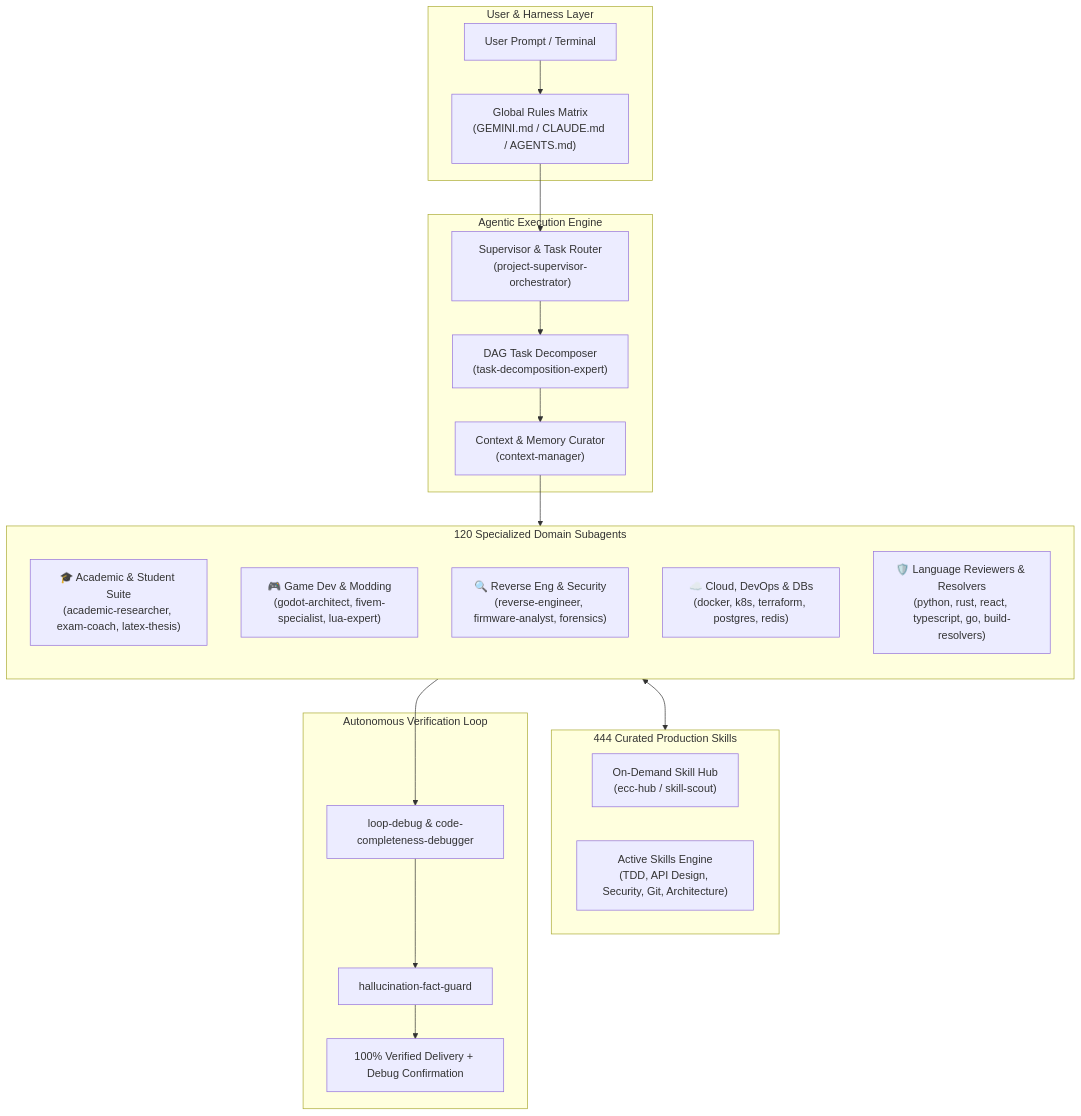
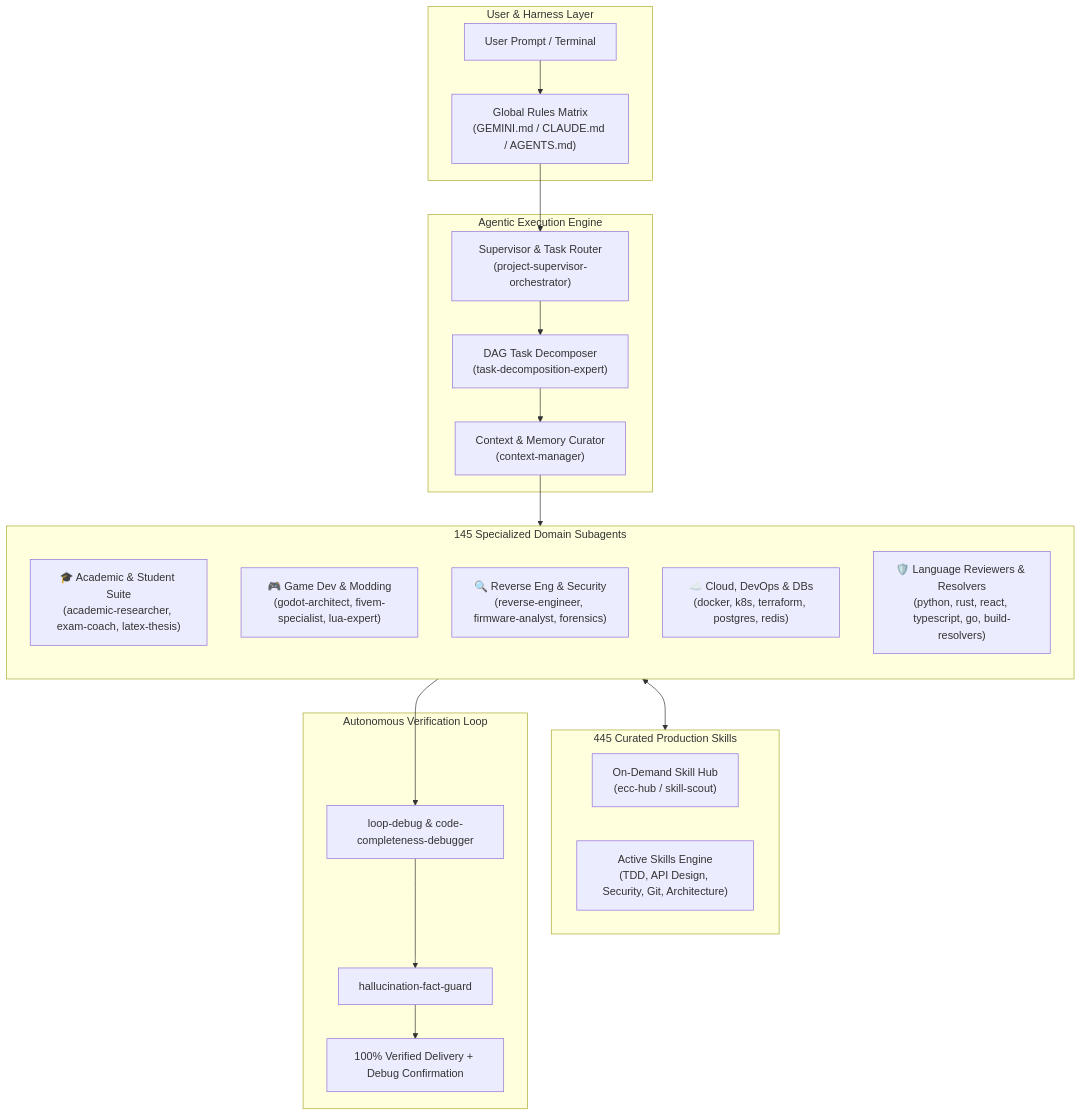
The diagram in README.md (Osama-Alzahrani-UQU/OmniAgentic), drawn with Mermaid before and after one commit. The commit also changed other lines of this file and 29 other files, not shown here.

Commit message:
feat: integrate The Agency (Agency Agents) suite with 25 novel specialized agents (145 agents) and agency-agents hub skill (445 skills)

````diff
--- a/README.md
+++ b/README.md
@@ -49,50 +49,50 @@
 ```mermaid
 flowchart TD
     subgraph UserInterface["User & Harness Layer"]
         CLI["User Prompt / Terminal"]
         Rules["Global Rules Matrix
 (GEMINI.md / CLAUDE.md / AGENTS.md)"]
     end
 
     subgraph CoreEngine["Agentic Execution Engine"]
         Supervisor["Supervisor & Task Router
 (project-supervisor-orchestrator)"]
         Decomposer["DAG Task Decomposer
 (task-decomposition-expert)"]
         ContextMgr["Context & Memory Curator
 (context-manager)"]
     end
 
-    subgraph AgentFleet["120 Specialized Domain Subagents"]
+    subgraph AgentFleet["145 Specialized Domain Subagents"]
         direction TB
         Academic["🎓 Academic & Student Suite
 (academic-researcher, exam-coach, latex-thesis)"]
         GameDev["🎮 Game Dev & Modding
 (godot-architect, fivem-specialist, lua-expert)"]
         ReverseEng["🔍 Reverse Eng & Security
 (reverse-engineer, firmware-analyst, forensics)"]
         CloudDB["☁️ Cloud, DevOps & DBs
 (docker, k8s, terraform, postgres, redis)"]
         CodeReview["🛡️ Language Reviewers & Resolvers
 (python, rust, react, typescript, go, build-resolvers)"]
     end
 
-    subgraph SkillsMatrix["444 Curated Production Skills"]
+    subgraph SkillsMatrix["445 Curated Production Skills"]
         SkillsHub["On-Demand Skill Hub
 (ecc-hub / skill-scout)"]
         ActiveSkills["Active Skills Engine
 (TDD, API Design, Security, Git, Architecture)"]
     end
 
     subgraph QualityGate["Autonomous Verification Loop"]
         Verifier["loop-debug & code-completeness-debugger"]
         FactGuard["hallucination-fact-guard"]
         Delivery["100% Verified Delivery + Debug Confirmation"]
     end
 
     CLI --> Rules --> Supervisor
     Supervisor --> Decomposer --> ContextMgr
     ContextMgr --> AgentFleet
     AgentFleet <--> SkillsMatrix
     AgentFleet --> Verifier --> FactGuard --> Delivery
 ```
````
